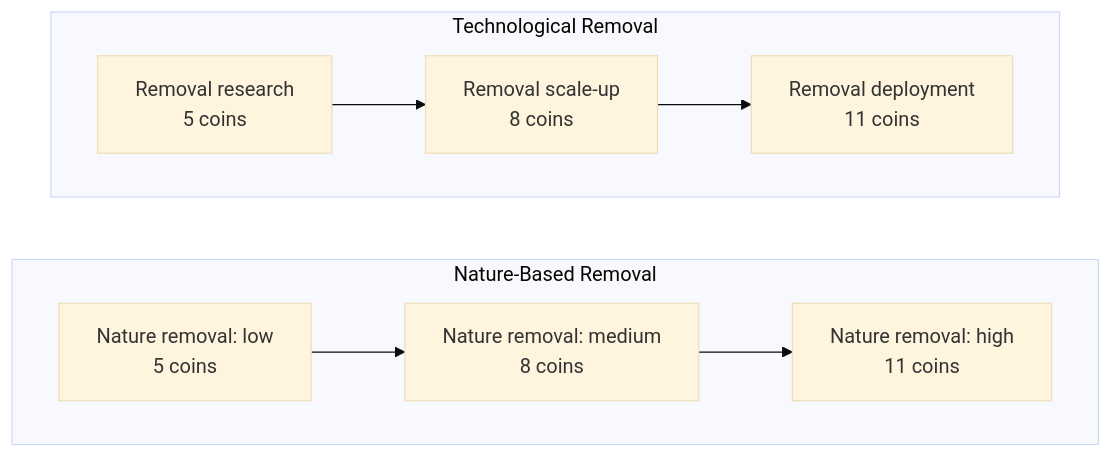
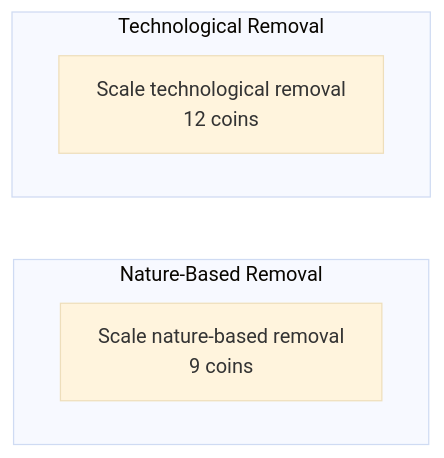
Before and after one commit to A-Weedy-Place/APECS_card-game: the sixth of 9 diagrams in public/card-guide.md, drawn with Mermaid (base theme). The commit also changed other lines of this file and 43 other files, not shown here.

````diff
--- a/public/card-guide.md
+++ b/public/card-guide.md
@@ -294,19 +169,11 @@
 ```mermaid
 flowchart LR
-  subgraph path_nature_removal["Nature-Based Removal"]
+  subgraph nature_removal["Nature-Based Removal"]
     direction LR
-    nature_removal_main_1["Nature removal: low<br/>5 coins"]
-    nature_removal_main_2["Nature removal: medium<br/>8 coins"]
-    nature_removal_main_3["Nature removal: high<br/>11 coins"]
-    nature_removal_main_1 --> nature_removal_main_2
-    nature_removal_main_2 --> nature_removal_main_3
+    nature_removal_v11_1["Scale nature-based removal<br/>9 coins"]
   end
-  subgraph path_tech_removal["Technological Removal"]
+  subgraph tech_removal["Technological Removal"]
     direction LR
-    tech_removal_main_1["Removal research<br/>5 coins"]
-    tech_removal_main_2["Removal scale-up<br/>8 coins"]
-    tech_removal_main_3["Removal deployment<br/>11 coins"]
-    tech_removal_main_1 --> tech_removal_main_2
-    tech_removal_main_2 --> tech_removal_main_3
+    tech_removal_v11_1["Scale technological removal<br/>12 coins"]
   end
 ```
````
